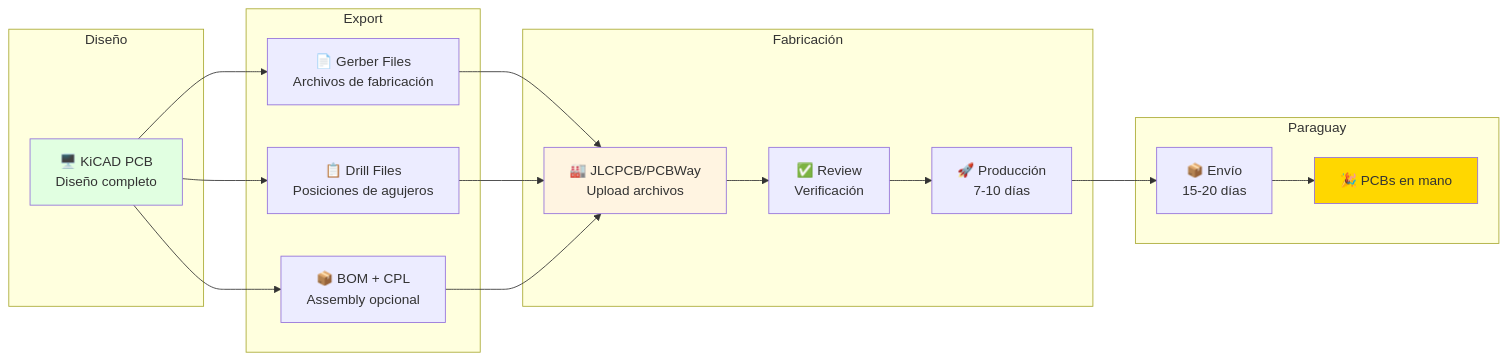
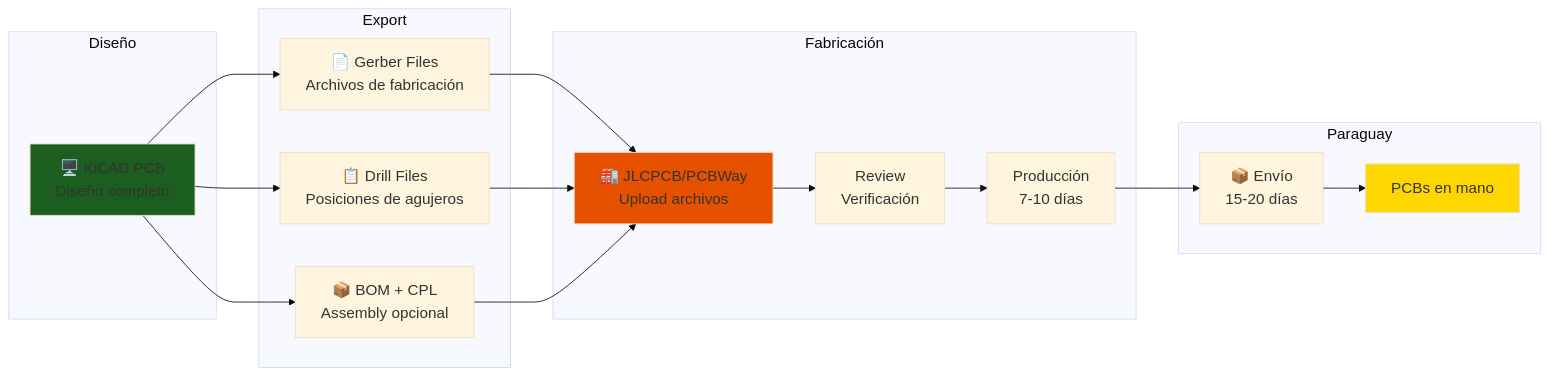
One commit to Ai-Whisperers/Courses-Content changed the eighth of 11 diagrams in courses/🟡-development/FPUNA-2026/02-ELECTRONICA-AUTOMATIZACION/02-diseno-pcb.md. Above: the diagram before and after it, drawn with Mermaid. The commit also changed other lines of this file and 47 other files, not shown here.

First line of the commit message:
fix: Make all 473 diagrams WCAG AAA accessible (FPUNA-2026)

````diff
--- a/courses/🟡-development/FPUNA-2026/02-ELECTRONICA-AUTOMATIZACION/02-diseno-pcb.md
+++ b/courses/🟡-development/FPUNA-2026/02-ELECTRONICA-AUTOMATIZACION/02-diseno-pcb.md
@@ -658,38 +665,39 @@
 ```mermaid
+%%{init: {'theme':'base', 'themeVariables': {'fontSize':'18px'}}}%%
 graph LR
     subgraph "Diseño"
         A[🖥️ KiCAD PCB<br/>Diseño completo]
     end
     
     subgraph "Export"
         B[📄 Gerber Files<br/>Archivos de fabricación]
         C[📋 Drill Files<br/>Posiciones de agujeros]
         D[📦 BOM + CPL<br/>Assembly opcional]
     end
     
     subgraph "Fabricación"
         E[🏭 JLCPCB/PCBWay<br/>Upload archivos]
-        F[✅ Review<br/>Verificación]
-        G[🚀 Producción<br/>7-10 días]
+        F[Review<br/>Verificación]
+        G[Producción<br/>7-10 días]
     end
     
     subgraph "Paraguay"
         H[📦 Envío<br/>15-20 días]
-        I[🎉 PCBs en mano]
+        I[PCBs en mano]
     end
     
     A --> B
     A --> C
     A --> D
     B --> E
     C --> E
     D --> E
     E --> F
     F --> G
     G --> H
     H --> I
     
-    style A fill:#E1FFE1
-    style E fill:#FFF4E1
+    style A fill:#1b5e20
+    style E fill:#e65100
     style I fill:#FFD700
 ```
````
